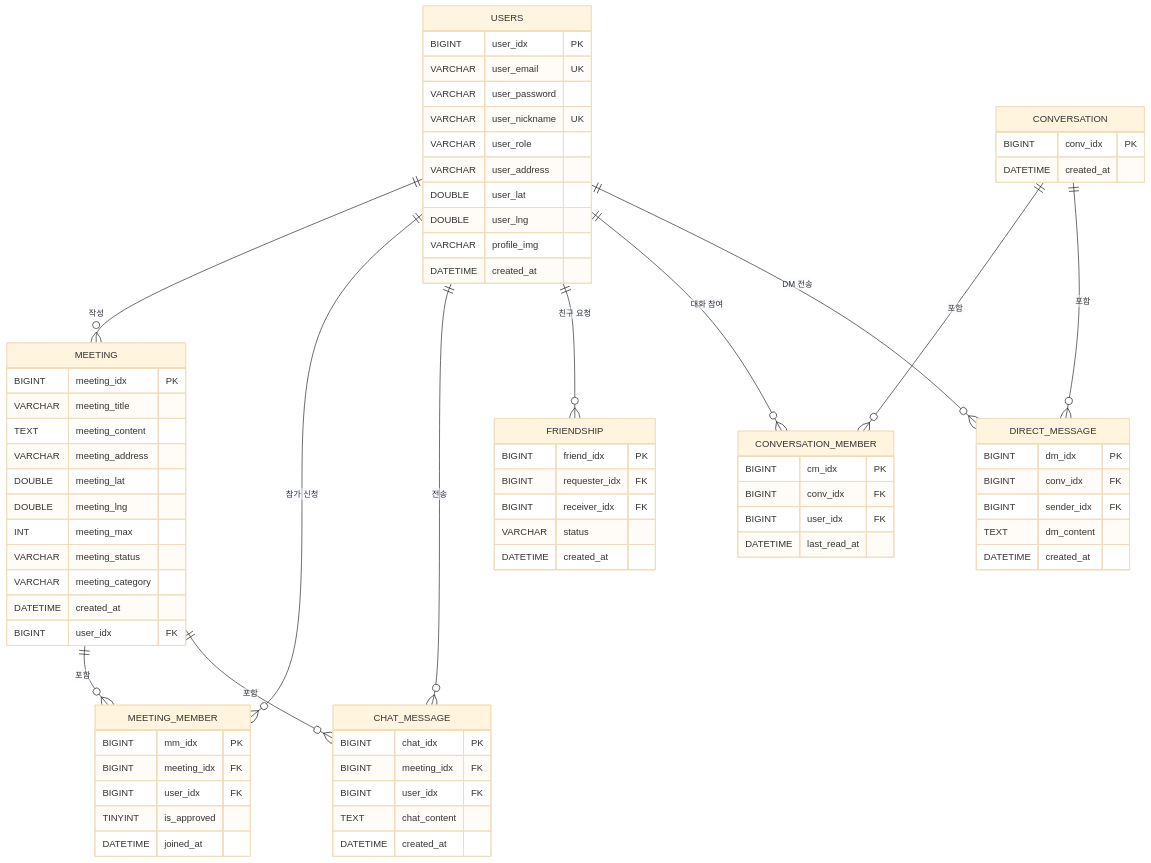
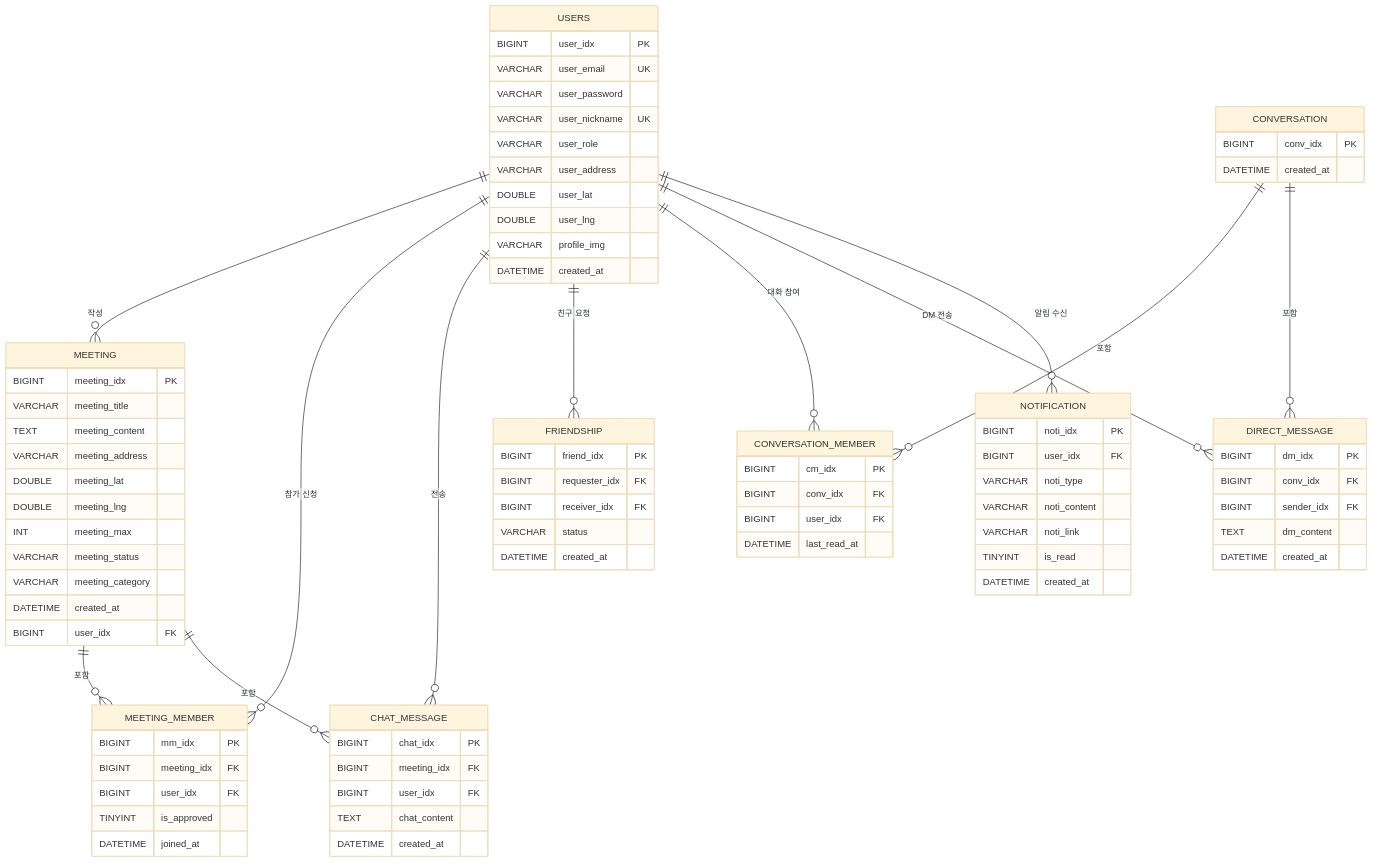
Before and after one commit to KimTaehyeok01/localmeet: the diagram in README.md, drawn with Mermaid (base theme). The commit also changed other lines of this file, not shown here.

Commit message:
README 마이페이지 기능 반영 (내 모임·친구·알림 내역·정보 수정 + ERD notification)

```diff
--- a/README.md
+++ b/README.md
@@ -404,12 +418,23 @@
         DATETIME created_at
     }
 
+    NOTIFICATION {
+        BIGINT noti_idx PK
+        BIGINT user_idx FK
+        VARCHAR noti_type
+        VARCHAR noti_content
+        VARCHAR noti_link
+        TINYINT is_read
+        DATETIME created_at
+    }
+
     USERS ||--o{ MEETING : "작성"
     USERS ||--o{ MEETING_MEMBER : "참가 신청"
     USERS ||--o{ CHAT_MESSAGE : "전송"
     USERS ||--o{ FRIENDSHIP : "친구 요청"
     USERS ||--o{ CONVERSATION_MEMBER : "대화 참여"
     USERS ||--o{ DIRECT_MESSAGE : "DM 전송"
+    USERS ||--o{ NOTIFICATION : "알림 수신"
     MEETING ||--o{ MEETING_MEMBER : "포함"
     MEETING ||--o{ CHAT_MESSAGE : "포함"
     CONVERSATION ||--o{ CONVERSATION_MEMBER : "포함"
```
